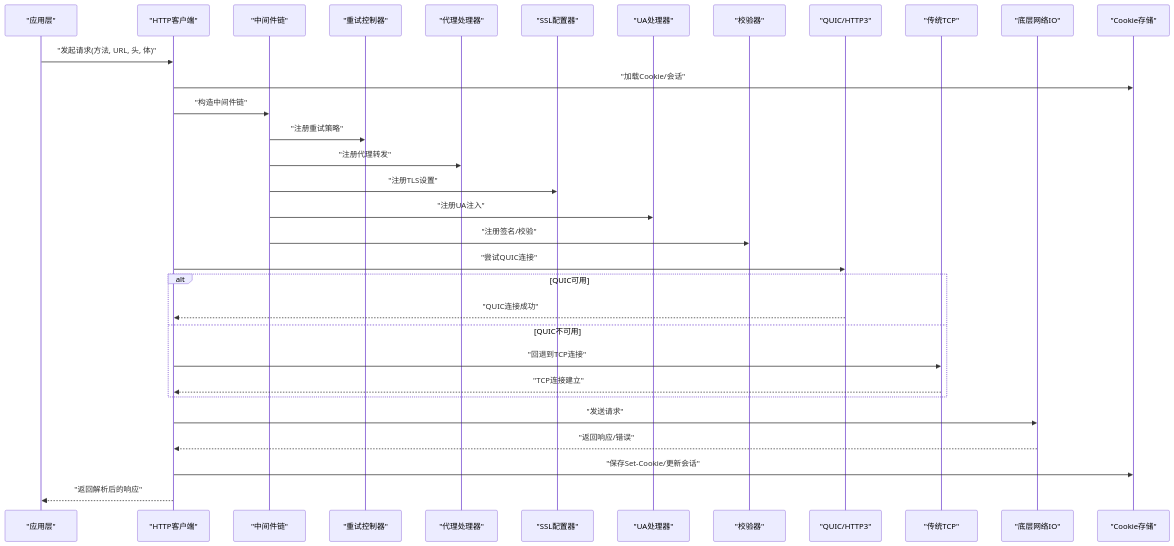
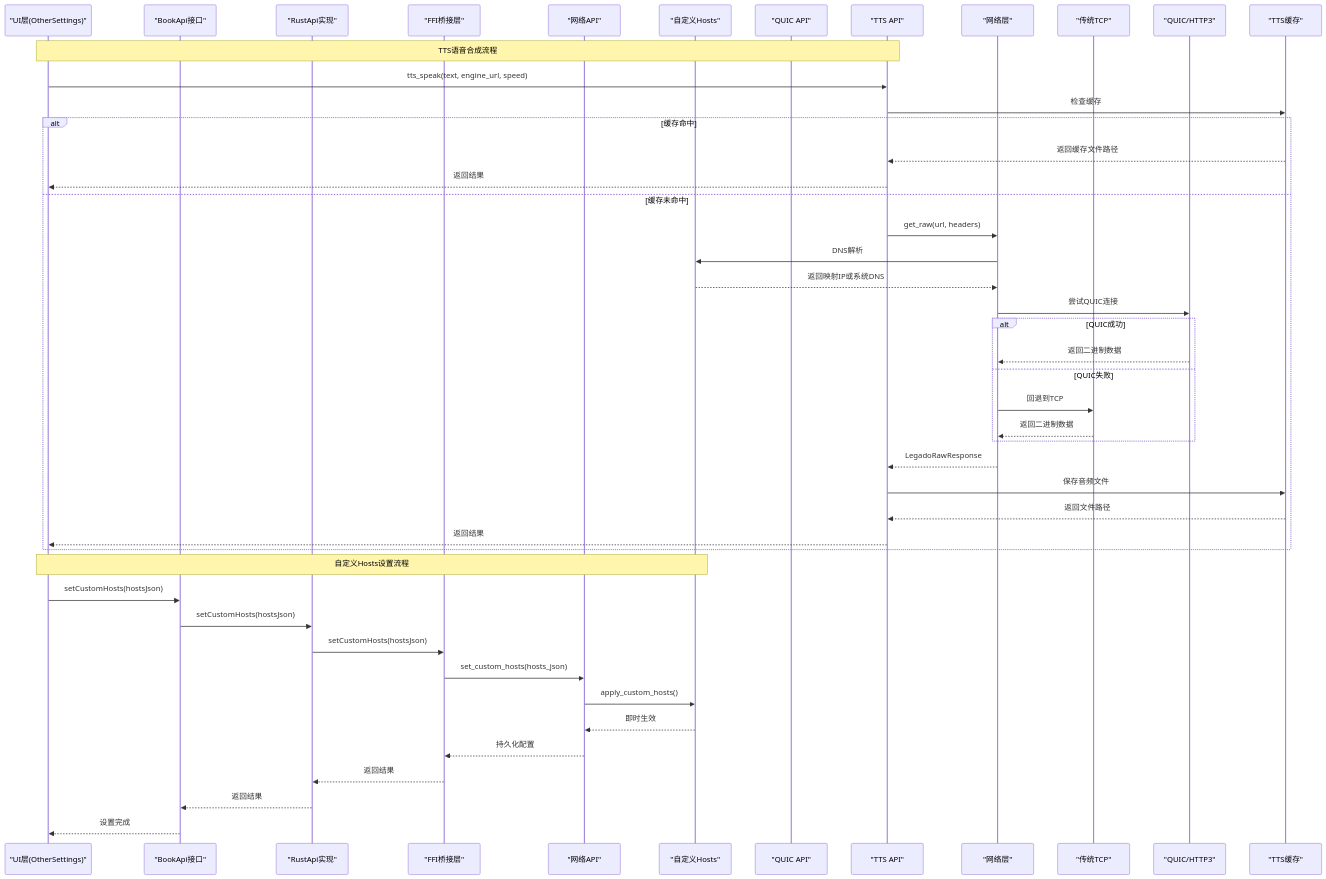
The second of 16 diagrams in .qoder/repowiki/zh/content/Rust核心库/网络层/网络层.md (ZhangGHGitHub/LegadoTeamFlutter), drawn with Mermaid before and after one commit. The commit also changed other lines of this file and 173 other files, not shown here.

````diff
--- a/.qoder/repowiki/zh/content/Rust核心库/网络层/网络层.md
+++ b/.qoder/repowiki/zh/content/Rust核心库/网络层/网络层.md
@@ -163,34 +222,48 @@
 ```mermaid
 sequenceDiagram
-participant App as "应用层"
-participant Client as "HTTP客户端"
-participant MW as "中间件链"
-participant Retry as "重试控制器"
-participant Proxy as "代理处理器"
-participant SSL as "SSL配置器"
-participant UA as "UA处理器"
-participant Verify as "校验器"
+participant UI as "UI层(OtherSettings)"
+participant BookApi as "BookApi接口"
+participant RustApi as "RustApi实现"
+participant FFI as "FFI桥接层"
+participant NetApi as "网络API"
+participant CustomHosts as "自定义Hosts"
+participant QuicApi as "QUIC API"
+participant TTSApi as "TTS API"
+participant NetLayer as "网络层"
+participant TCP as "传统TCP"
 participant QUIC as "QUIC/HTTP3"
-participant TCP as "传统TCP"
-participant Net as "底层网络IO"
-participant Store as "Cookie存储"
-App->>Client : "发起请求(方法, URL, 头, 体)"
-Client->>Store : "加载Cookie/会话"
-Client->>MW : "构造中间件链"
-MW->>Retry : "注册重试策略"
-MW->>Proxy : "注册代理转发"
-MW->>SSL : "注册TLS设置"
-MW->>UA : "注册UA注入"
-MW->>Verify : "注册签名/校验"
-Client->>QUIC : "尝试QUIC连接"
-alt QUIC可用
-QUIC-->>Client : "QUIC连接成功"
-else QUIC不可用
-Client->>TCP : "回退到TCP连接"
-TCP-->>Client : "TCP连接建立"
+participant Cache as "TTS缓存"
+Note over UI,TTSApi : TTS语音合成流程
+UI->>TTSApi : tts_speak(text, engine_url, speed)
+TTSApi->>Cache : 检查缓存
+alt 缓存命中
+Cache-->>TTSApi : 返回缓存文件路径
+TTSApi-->>UI : 返回结果
+else 缓存未命中
+TTSApi->>NetLayer : get_raw(url, headers)
+NetLayer->>CustomHosts : DNS解析
+CustomHosts-->>NetLayer : 返回映射IP或系统DNS
+NetLayer->>QUIC : 尝试QUIC连接
+alt QUIC成功
+QUIC-->>NetLayer : 返回二进制数据
+else QUIC失败
+NetLayer->>TCP : 回退到TCP
+TCP-->>NetLayer : 返回二进制数据
 end
-Client->>Net : "发送请求"
-Net-->>Client : "返回响应/错误"
-Client->>Store : "保存Set-Cookie/更新会话"
-Client-->>App : "返回解析后的响应"
+NetLayer-->>TTSApi : LegadoRawResponse
+TTSApi->>Cache : 保存音频文件
+Cache-->>TTSApi : 返回文件路径
+TTSApi-->>UI : 返回结果
+end
+Note over UI,CustomHosts : 自定义Hosts设置流程
+UI->>BookApi : setCustomHosts(hostsJson)
+BookApi->>RustApi : setCustomHosts(hostsJson)
+RustApi->>FFI : setCustomHosts(hostsJson)
+FFI->>NetApi : set_custom_hosts(hosts_json)
+NetApi->>CustomHosts : apply_custom_hosts()
+CustomHosts-->>NetApi : 即时生效
+NetApi-->>FFI : 持久化配置
+FFI-->>RustApi : 返回结果
+RustApi-->>BookApi : 返回结果
+BookApi-->>UI : 设置完成
 ```
````
